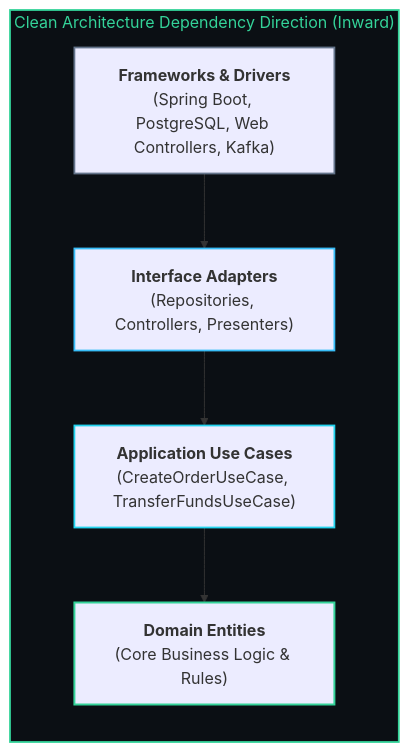
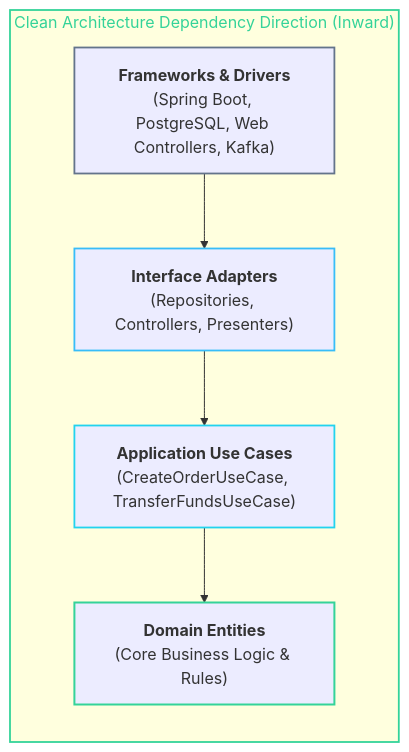
The diagram in BrainOS/04 - Software Engineering/Software Architecture.md (abhinavbharti2345/CS_Notes), drawn with Mermaid before and after one commit. The commit also changed 26 other files, not shown here.

Commit message:
feat: initialize BrainOS knowledge base with foundational curriculum and roadmap notes

````diff
--- a/BrainOS/04 - Software Engineering/Software Architecture.md
+++ b/BrainOS/04 - Software Engineering/Software Architecture.md
@@ -33,24 +33,24 @@
 ```mermaid
 flowchart TD
     subgraph CLEAN ["Clean Architecture Dependency Direction (Inward)"]
         direction TB
         FW["<b>Frameworks & Drivers</b><br/>(Spring Boot, PostgreSQL, Web Controllers, Kafka)"]
         AD["<b>Interface Adapters</b><br/>(Repositories, Controllers, Presenters)"]
         UC["<b>Application Use Cases</b><br/>(CreateOrderUseCase, TransferFundsUseCase)"]
         ENT["<b>Domain Entities</b><br/>(Core Business Logic & Rules)"]
 
         FW --> AD --> UC --> ENT
     end
 
-    style CLEAN fill:#0B0F14,stroke:#34D399,stroke-width:1.8px,color:#34D399
+    style CLEAN stroke:#34D399,stroke-width:1.8px,color:#34D399
 
     classDef fwNode stroke:#64748B,stroke-width:1.8px;
     classDef adNode stroke:#38BDF8,stroke-width:1.8px;
     classDef ucNode stroke:#22D3EE,stroke-width:1.8px;
     classDef entNode stroke:#34D399,stroke-width:2px;
 
     class FW fwNode;
     class AD adNode;
     class UC ucNode;
     class ENT entNode;
 ```
````
